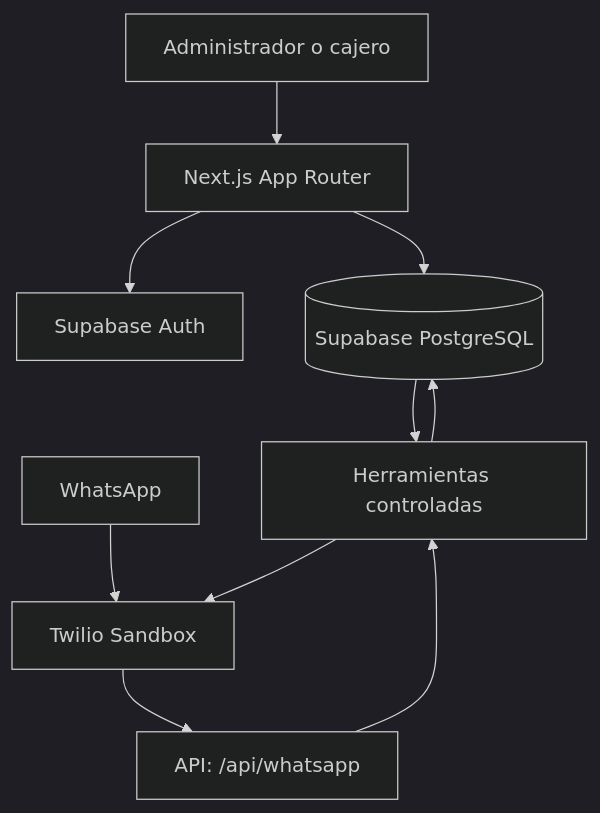
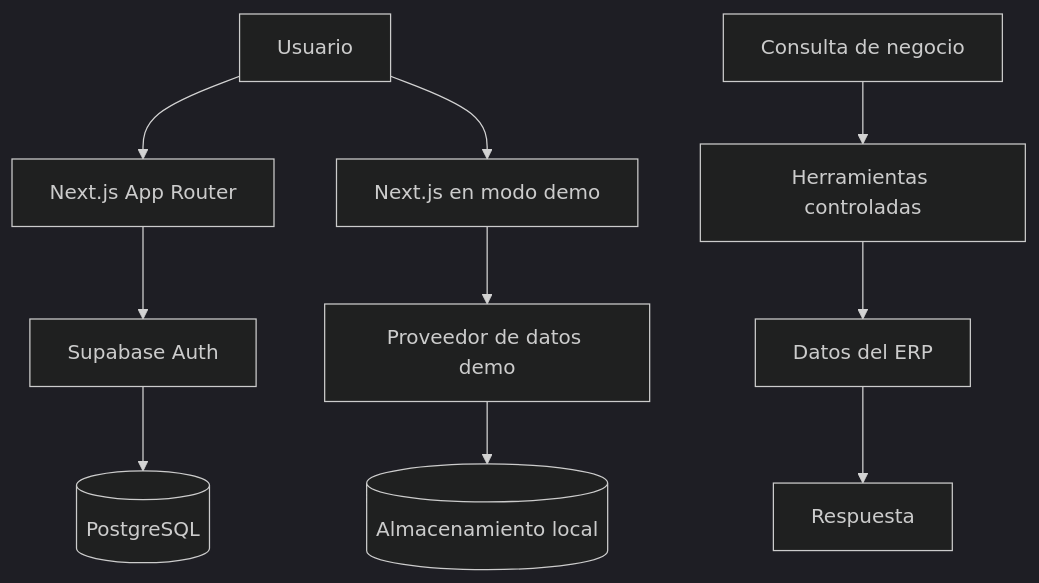
The diagram in README.md (Branduwu/prueba-tecnica-davinci.vercel.app), drawn with Mermaid (dark theme) before and after one commit. The commit also changed other lines of this file and 1 other file, not shown here.

````diff
--- a/README.md
+++ b/README.md
@@ -65,12 +51,14 @@
 ```mermaid
 flowchart TD
-  U["Administrador o cajero"] --> N["Next.js App Router"]
-  N --> A["Supabase Auth"]
-  N --> DB[("Supabase PostgreSQL")]
-  W["WhatsApp"] --> T["Twilio Sandbox"]
-  T --> H["API: /api/whatsapp"]
-  H --> TOOLS["Herramientas controladas"]
-  TOOLS --> DB
-  DB --> TOOLS
-  TOOLS --> T
+  U["Usuario"] --> N["Next.js App Router"]
+  N --> SA["Supabase Auth"]
+  SA --> DB[("PostgreSQL")]
+
+  U --> DM["Next.js en modo demo"]
+  DM --> DP["Proveedor de datos demo"]
+  DP --> LS[("Almacenamiento local")]
+
+  Q["Consulta de negocio"] --> T["Herramientas controladas"]
+  T --> D["Datos del ERP"]
+  D --> R["Respuesta"]
 ```
````
